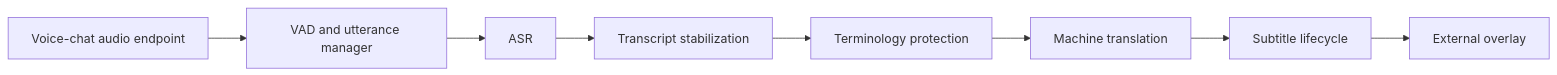
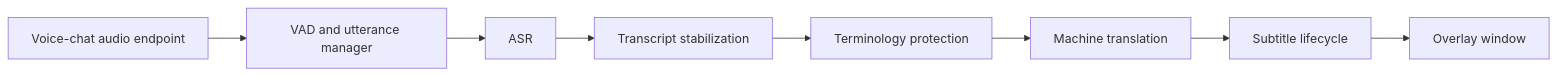
The first of 7 diagrams in docs/00_EXECUTIVE_SUMMARY.md (jxstme22/ztrsl), drawn with Mermaid before and after one commit. The commit also changed other lines of this file and 16 other files, not shown here.

````diff
--- a/docs/00_EXECUTIVE_SUMMARY.md
+++ b/docs/00_EXECUTIVE_SUMMARY.md
@@ -23,10 +33,10 @@
 ```mermaid
 flowchart LR
   A[Voice-chat audio endpoint] --> B[VAD and utterance manager]
   B --> C[ASR]
   C --> D[Transcript stabilization]
   D --> E[Terminology protection]
   E --> F[Machine translation]
   F --> G[Subtitle lifecycle]
-  G --> H[External overlay]
+  G --> H[Overlay window]
 ```
````
